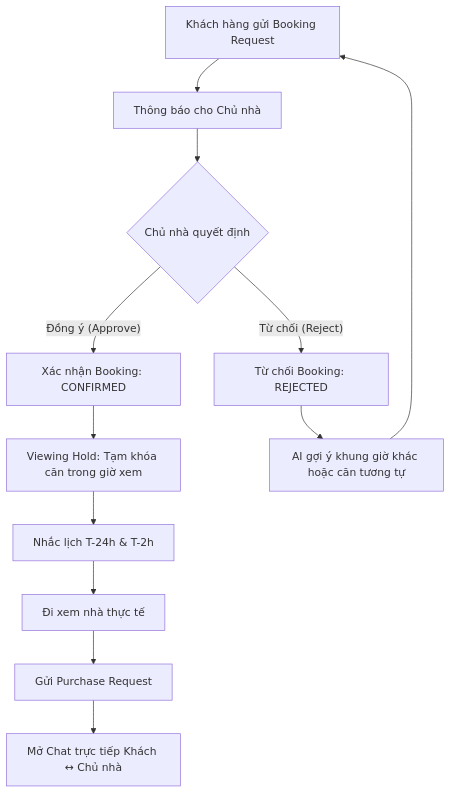
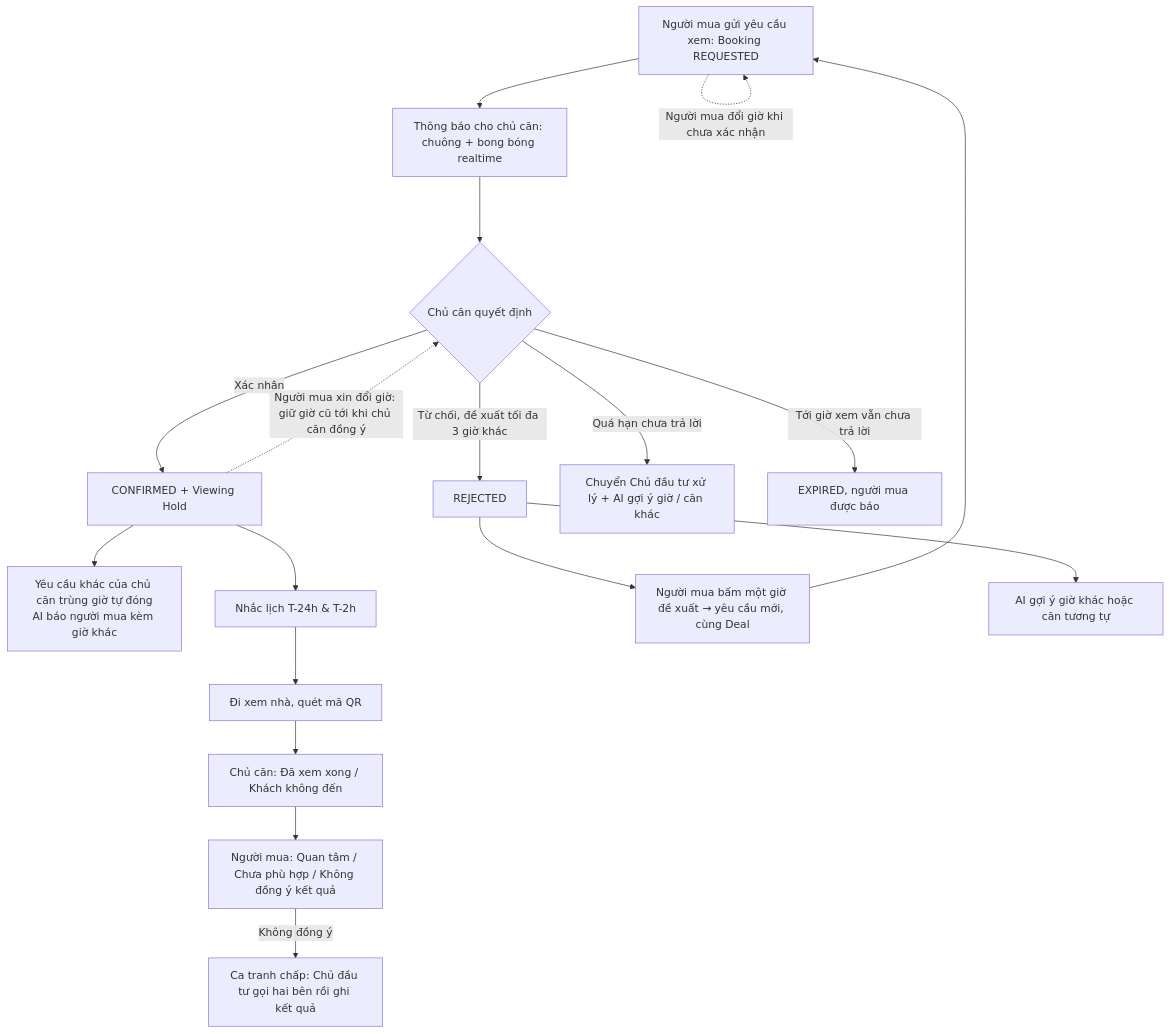
One commit to TaiHoang2501/P001 changed the second of 3 diagrams in DIagram/Current Journey Diagram.md. Above: the diagram before and after it, drawn with Mermaid. The commit also changed other lines of this file and 10 other files, not shown here.

First line of the commit message:
docs: align README, .specify and diagrams with the running system

````diff
--- a/DIagram/Current Journey Diagram.md
+++ b/DIagram/Current Journey Diagram.md
@@ -29,16 +29,24 @@
 ```mermaid
 flowchart TD
-    REQ[Khách hàng gửi Booking Request] --> NOTIF[Thông báo cho Chủ nhà]
-    NOTIF --> DECISION{Chủ nhà quyết định}
-    
-    DECISION -- Đồng ý (Approve) --> CONFIRMED[Xác nhận Booking: CONFIRMED]
-    CONFIRMED --> HOLD[Viewing Hold: Tạm khóa căn trong giờ xem]
-    HOLD --> REMINDER[Nhắc lịch T-24h & T-2h]
-    REMINDER --> VIEWING[Đi xem nhà thực tế]
-    VIEWING --> BUY_REQ[Gửi Purchase Request]
-    BUY_REQ --> CHAT_OPEN[Mở Chat trực tiếp Khách ↔ Chủ nhà]
+    REQ[Người mua gửi yêu cầu xem: Booking REQUESTED] --> NOTIF[Thông báo cho chủ căn: chuông + bong bóng realtime]
+    NOTIF --> DECISION{Chủ căn quyết định}
 
-    DECISION -- Từ chối (Reject) --> REJECTED[Từ chối Booking: REJECTED]
-    REJECTED --> ALT_SUGGEST[AI gợi ý khung giờ khác hoặc căn tương tự]
-    ALT_SUGGEST --> REQ
+    DECISION -- Xác nhận --> CONFIRMED[CONFIRMED + Viewing Hold]
+    CONFIRMED --> CLASH[Yêu cầu khác của chủ căn trùng giờ tự đóng<br/>AI báo người mua kèm giờ khác]
+    CONFIRMED --> REMINDER[Nhắc lịch T-24h & T-2h]
+    REMINDER --> VIEWING[Đi xem nhà, quét mã QR]
+    VIEWING --> OUTCOME[Chủ căn: Đã xem xong / Khách không đến]
+    OUTCOME --> FEEDBACK[Người mua: Quan tâm / Chưa phù hợp / Không đồng ý kết quả]
+    FEEDBACK -- Không đồng ý --> DISPUTE[Ca tranh chấp: Chủ đầu tư gọi hai bên rồi ghi kết quả]
+
+    DECISION -- Từ chối, đề xuất tối đa 3 giờ khác --> REJECTED[REJECTED]
+    REJECTED --> PICK[Người mua bấm một giờ đề xuất → yêu cầu mới, cùng Deal]
+    PICK --> REQ
+    REJECTED --> ALT_SUGGEST[AI gợi ý giờ khác hoặc căn tương tự]
+
+    DECISION -- Quá hạn chưa trả lời --> ESC[Chuyển Chủ đầu tư xử lý + AI gợi ý giờ / căn khác]
+    DECISION -- Tới giờ xem vẫn chưa trả lời --> EXPIRED[EXPIRED, người mua được báo]
+
+    REQ -. Người mua đổi giờ khi chưa xác nhận .-> REQ
+    CONFIRMED -. Người mua xin đổi giờ: giữ giờ cũ tới khi chủ căn đồng ý .-> DECISION
 ```
````
